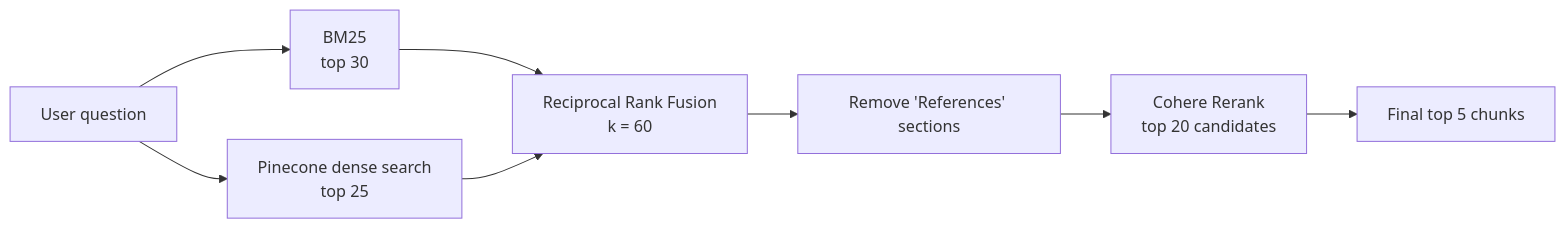
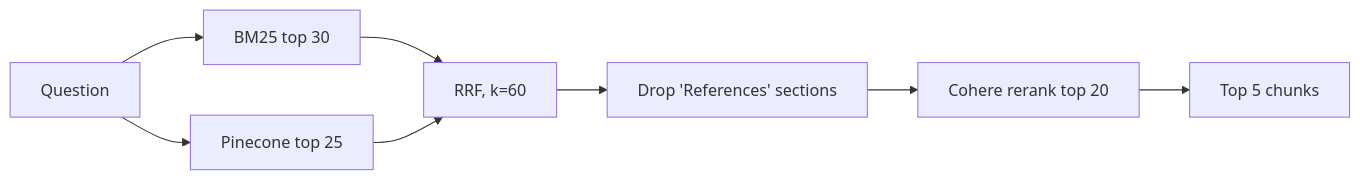
One commit to Rit2002/Wstg.ai changed the diagram in README.md. Above: the diagram before and after it, drawn with Mermaid. The commit also changed other lines of this file, not shown here.

````diff
--- a/README.md
+++ b/README.md
@@ -143,10 +21,10 @@
 ```mermaid
 flowchart LR
-    Q[User question] --> B[BM25<br/>top 30]
-    Q --> V[Pinecone dense search<br/>top 25]
-    B --> R[Reciprocal Rank Fusion<br/>k = 60]
+    Q[Question] --> B[BM25 top 30]
+    Q --> V[Pinecone top 25]
+    B --> R[RRF, k=60]
     V --> R
-    R --> F[Remove 'References' sections]
-    F --> C[Cohere Rerank<br/>top 20 candidates]
-    C --> O[Final top 5 chunks]
+    R --> F[Drop 'References' sections]
+    F --> C[Cohere rerank top 20]
+    C --> O[Top 5 chunks]
 ```
````
